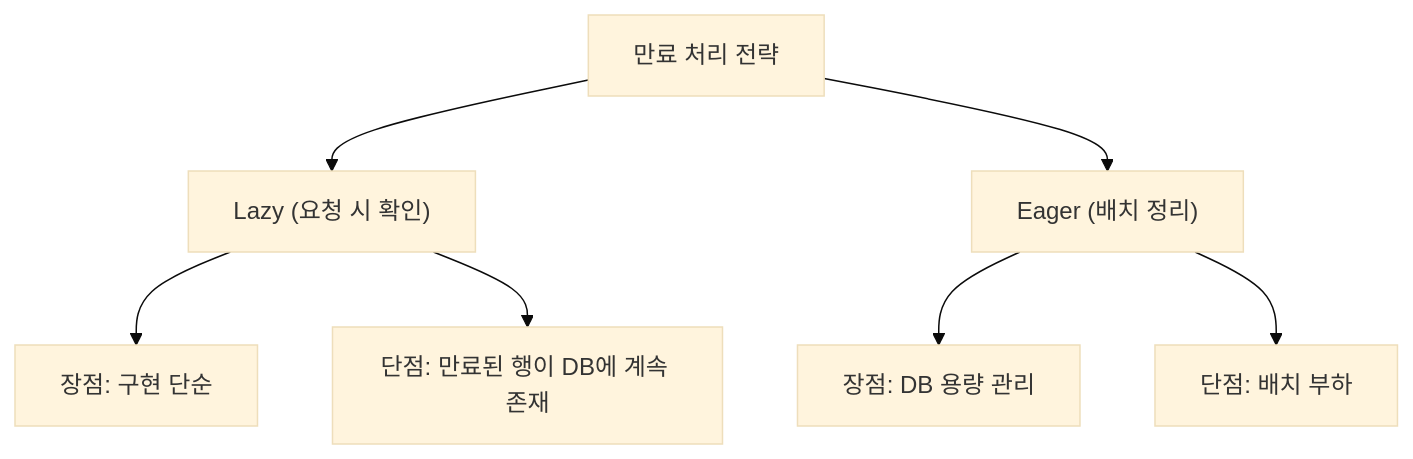
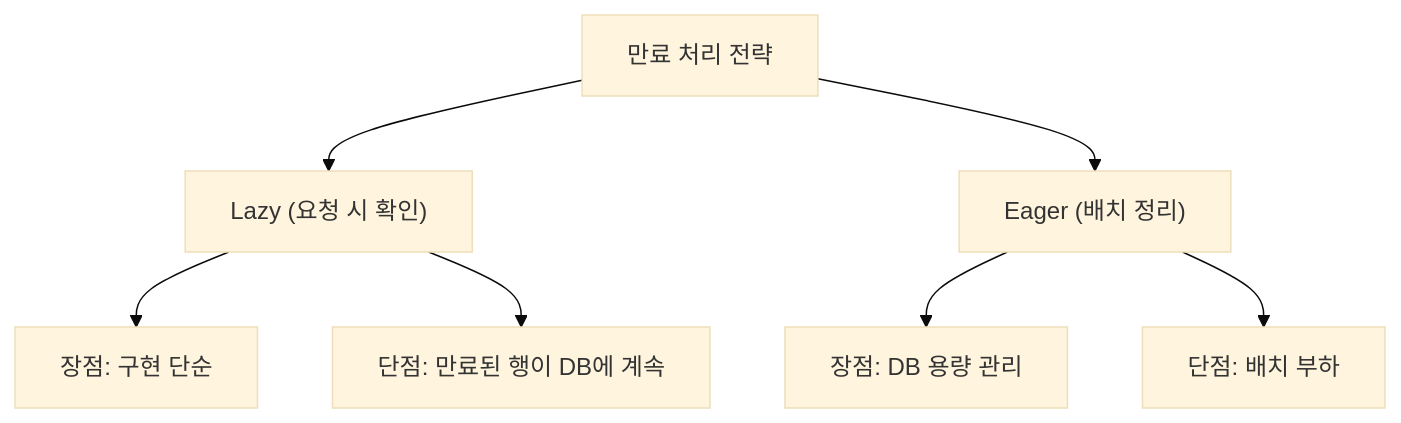
The seventh of 8 diagrams in _posts/systemdesign/2026-05-02-system-design-url-shortener.md (yjkim2015/yjkim2015.github.io), drawn with Mermaid (base theme) before and after one commit. The commit also changed other lines of this file and 271 other files, not shown here.

First line of the commit message:
Mermaid 라벨 축소: 긴 노드 텍스트 18자 이하로 트림 + \n 제거

````diff
--- a/_posts/systemdesign/2026-05-02-system-design-url-shortener.md
+++ b/_posts/systemdesign/2026-05-02-system-design-url-shortener.md
@@ -291,9 +291,9 @@
 ```mermaid
 graph TD
     A["만료 처리 전략"] --> B["Lazy (요청 시 확인)"]
     A --> C["Eager (배치 정리)"]
     B --> B1["장점: 구현 단순"]
-    B --> B2["단점: 만료된 행이 DB에 계속 존재"]
+    B --> B2["단점: 만료된 행이 DB에 계속"]
     C --> C1["장점: DB 용량 관리"]
     C --> C2["단점: 배치 부하"]
 ```
````
